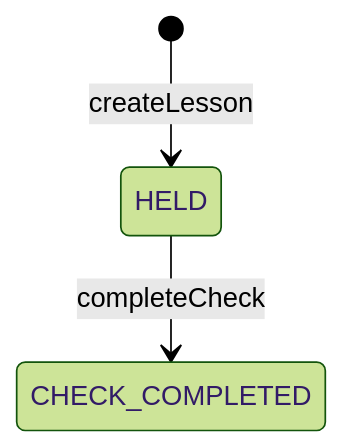
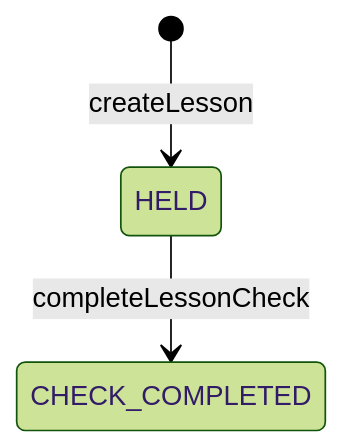
Before and after one commit to stallev/sun_school_pstgre: the fifth of 8 diagrams in docs/prds/02_domain_model/lifecycle_models.md, drawn with Mermaid (forest theme). The commit also changed other lines of this file and 5 other files, not shown here.

````diff
--- a/docs/prds/02_domain_model/lifecycle_models.md
+++ b/docs/prds/02_domain_model/lifecycle_models.md
@@ -166,5 +166,5 @@
 ```mermaid
 stateDiagram-v2
   [*] --> HELD: createLesson
-  HELD --> CHECK_COMPLETED: completeCheck
+  HELD --> CHECK_COMPLETED: completeLessonCheck
 ```
````
